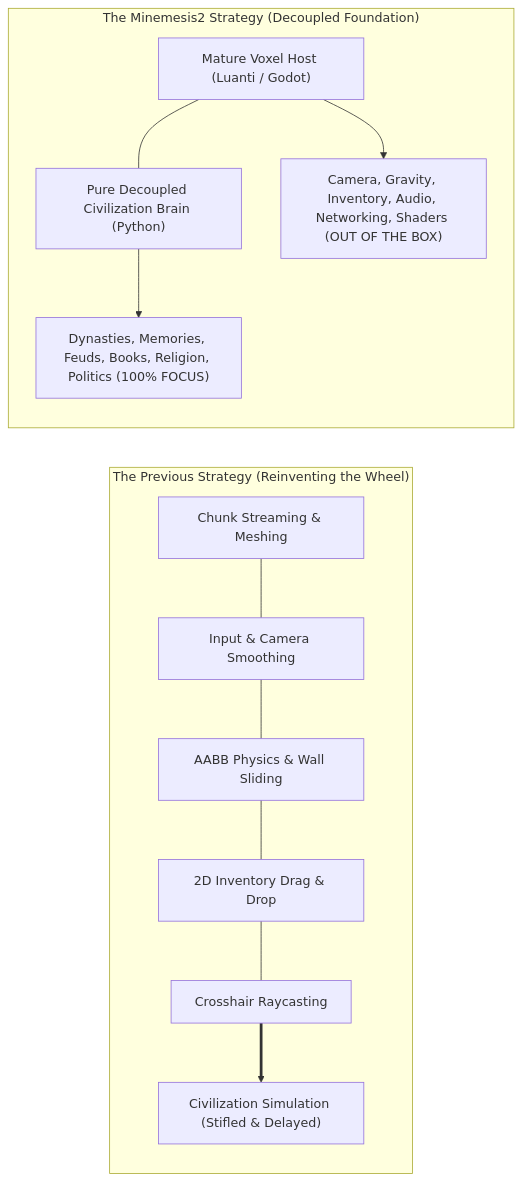
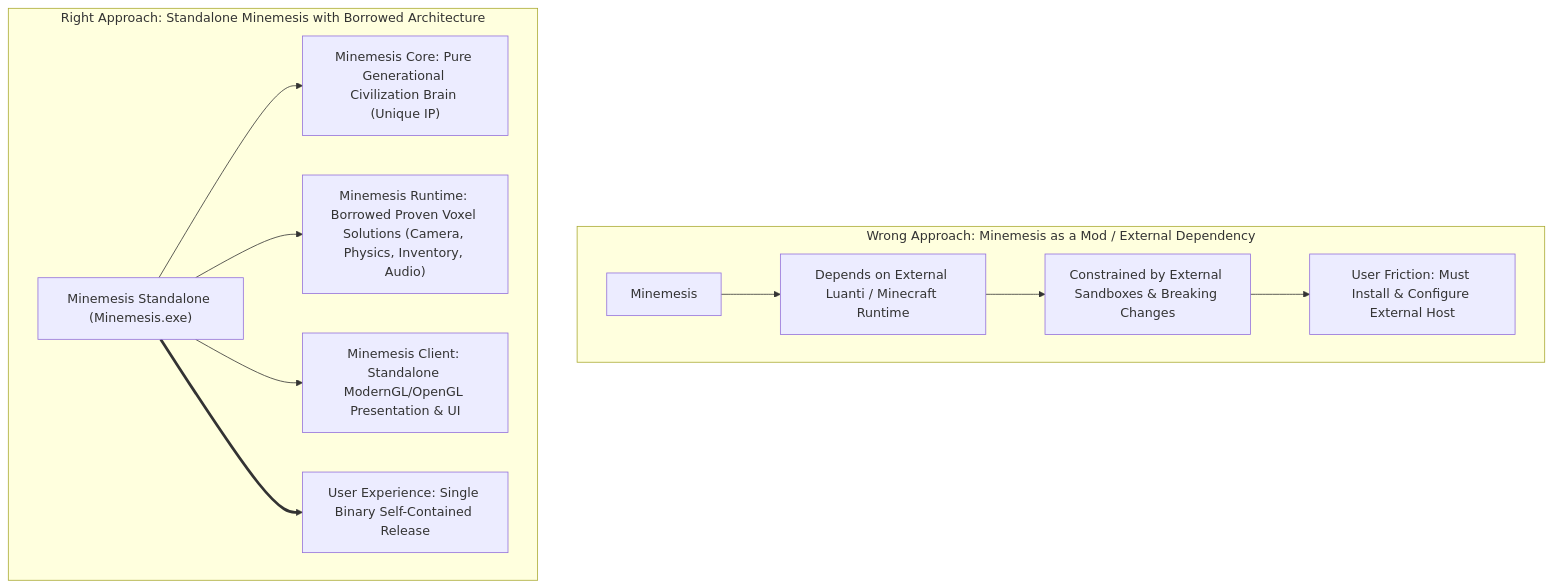
One commit to SOMBUDDHAASH/minemesis changed the first of 2 diagrams in MINEMESIS2_TECH_REVIEW.md. Above: the diagram before and after it, drawn with Mermaid. The commit also changed other lines of this file and 3 other files, not shown here.

First line of the commit message:
feat(audio): Integrate zero-dependency procedural SoundEngine into standalone Minemesis

````diff
--- a/MINEMESIS2_TECH_REVIEW.md
+++ b/MINEMESIS2_TECH_REVIEW.md
@@ -24,18 +14,16 @@
 ```mermaid
-flowchart LR
-    subgraph Trap["The Previous Strategy (Reinventing the Wheel)"]
-        direction TB
-        E1["Chunk Streaming & Meshing"] --- E2["Input & Camera Smoothing"]
-        E2 --- E3["AABB Physics & Wall Sliding"]
-        E3 --- E4["2D Inventory Drag & Drop"]
-        E4 --- E5["Crosshair Raycasting"]
-        E5 ==> CoreSim["Civilization Simulation (Stifled & Delayed)"]
+flowchart TD
+    subgraph WrongPath["Wrong Approach: Minemesis as a Mod / External Dependency"]
+        M1["Minemesis"] --> M2["Depends on External Luanti / Minecraft Runtime"]
+        M2 --> M3["Constrained by External Sandboxes & Breaking Changes"]
+        M3 --> M4["User Friction: Must Install & Configure External Host"]
     end
 
-    subgraph Minemesis2["The Minemesis2 Strategy (Decoupled Foundation)"]
-        direction TB
-        Host["Mature Voxel Host (Luanti / Godot)"] --- Core["Pure Decoupled Civilization Brain (Python)"]
-        Host --> Mechanics["Camera, Gravity, Inventory, Audio, Networking, Shaders (OUT OF THE BOX)"]
-        Core --> Innovation["Dynasties, Memories, Feuds, Books, Religion, Politics (100% FOCUS)"]
+    subgraph RightPath["Right Approach: Standalone Minemesis with Borrowed Architecture"]
+        S1["Minemesis Standalone (Minemesis.exe)"]
+        S1 --> S2["Minemesis Core: Pure Generational Civilization Brain (Unique IP)"]
+        S1 --> S3["Minemesis Runtime: Borrowed Proven Voxel Solutions (Camera, Physics, Inventory, Audio)"]
+        S1 --> S4["Minemesis Client: Standalone ModernGL/OpenGL Presentation & UI"]
+        S1 ==> S5["User Experience: Single Binary Self-Contained Release"]
     end
 ```
````
